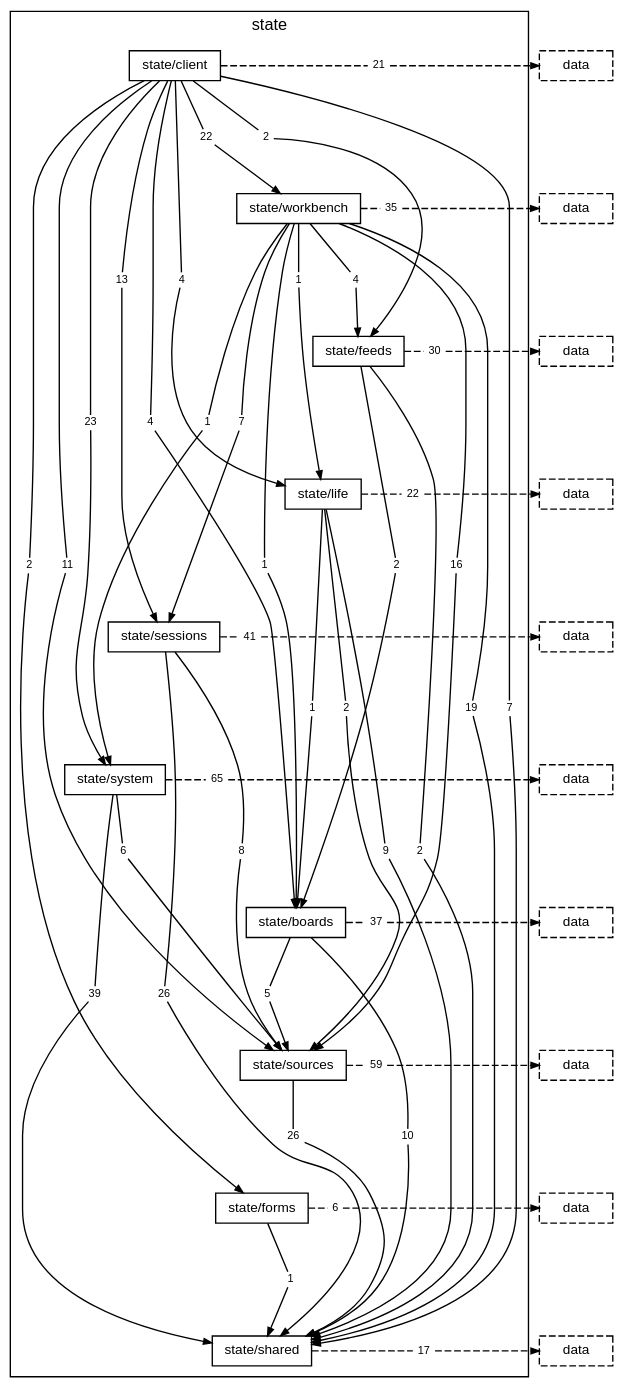
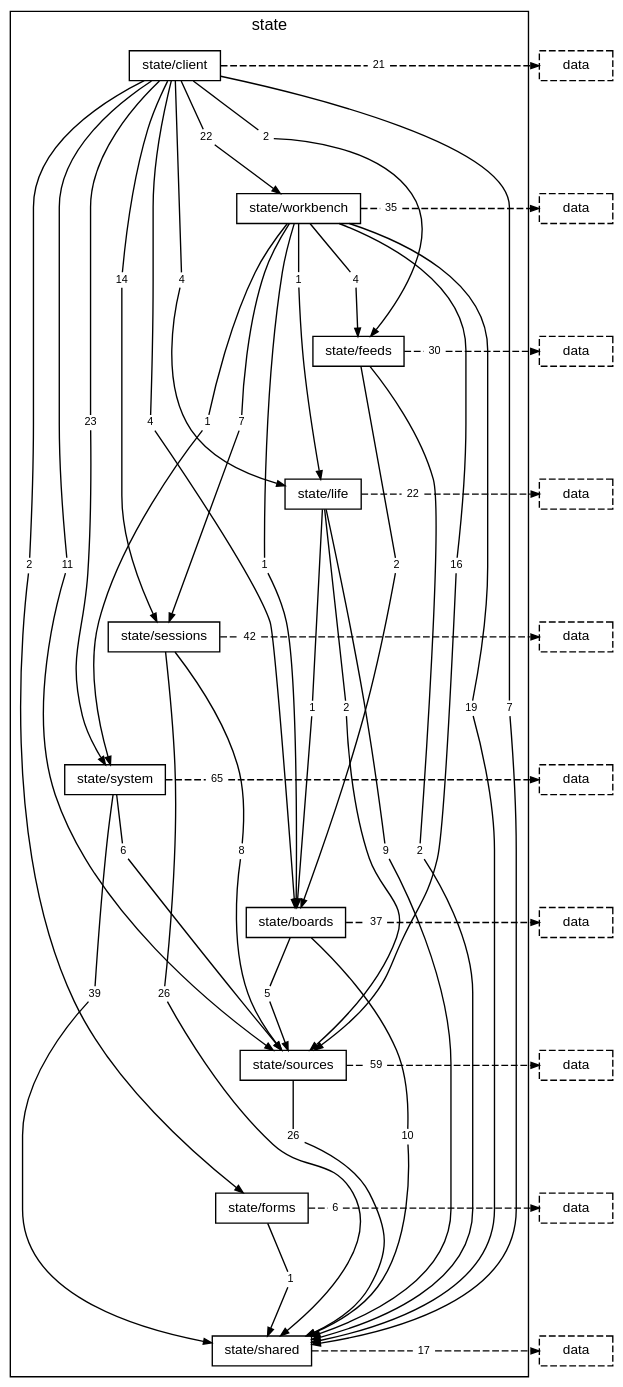
The diagram in docs/diagrams/layer-state.dot (TheAxeC/oculus), drawn with Graphviz before and after one commit. The commit also changed 81 other files, not shown here.

```diff
--- a/docs/diagrams/layer-state.dot
+++ b/docs/diagrams/layer-state.dot
@@ -18,7 +18,7 @@
         "folder state/client to folder state/feeds" [label="2", shape=box, color="transparent", fontsize=8, width=0, height=0, margin="0.04,0.02"];
         "folder state/client to folder state/forms" [label="2", shape=box, color="transparent", fontsize=8, width=0, height=0, margin="0.04,0.02"];
         "folder state/client to folder state/life" [label="4", shape=box, color="transparent", fontsize=8, width=0, height=0, margin="0.04,0.02"];
-        "folder state/client to folder state/sessions" [label="13", shape=box, color="transparent", fontsize=8, width=0, height=0, margin="0.04,0.02"];
+        "folder state/client to folder state/sessions" [label="14", shape=box, color="transparent", fontsize=8, width=0, height=0, margin="0.04,0.02"];
         "folder state/client to folder state/shared" [label="7", shape=box, color="transparent", fontsize=8, width=0, height=0, margin="0.04,0.02"];
         "folder state/client to folder state/sources" [label="11", shape=box, color="transparent", fontsize=8, width=0, height=0, margin="0.04,0.02"];
         "folder state/client to folder state/system" [label="23", shape=box, color="transparent", fontsize=8, width=0, height=0, margin="0.04,0.02"];
@@ -41,7 +41,7 @@
         "folder state/life to layer data" [label="22", shape=box, color="transparent", fontsize=8, width=0, height=0, margin="0.04,0.02"];
         "folder state/sessions to folder state/shared" [label="26", shape=box, color="transparent", fontsize=8, width=0, height=0, margin="0.04,0.02"];
         "folder state/sessions to folder state/sources" [label="8", shape=box, color="transparent", fontsize=8, width=0, height=0, margin="0.04,0.02"];
-        "folder state/sessions to layer data" [label="41", shape=box, color="transparent", fontsize=8, width=0, height=0, margin="0.04,0.02"];
+        "folder state/sessions to layer data" [label="42", shape=box, color="transparent", fontsize=8, width=0, height=0, margin="0.04,0.02"];
         "folder state/system to folder state/shared" [label="39", shape=box, color="transparent", fontsize=8, width=0, height=0, margin="0.04,0.02"];
         "folder state/system to folder state/sources" [label="6", shape=box, color="transparent", fontsize=8, width=0, height=0, margin="0.04,0.02"];
         "folder state/system to layer data" [label="65", shape=box, color="transparent", fontsize=8, width=0, height=0, margin="0.04,0.02"];
```
